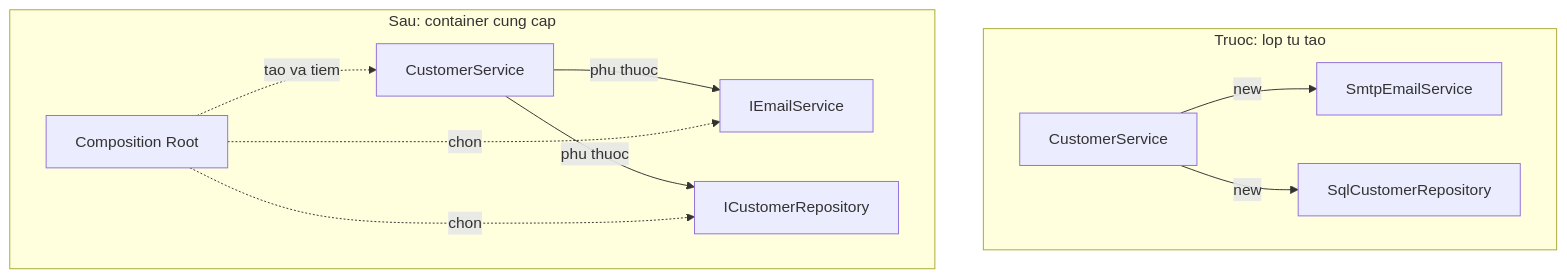
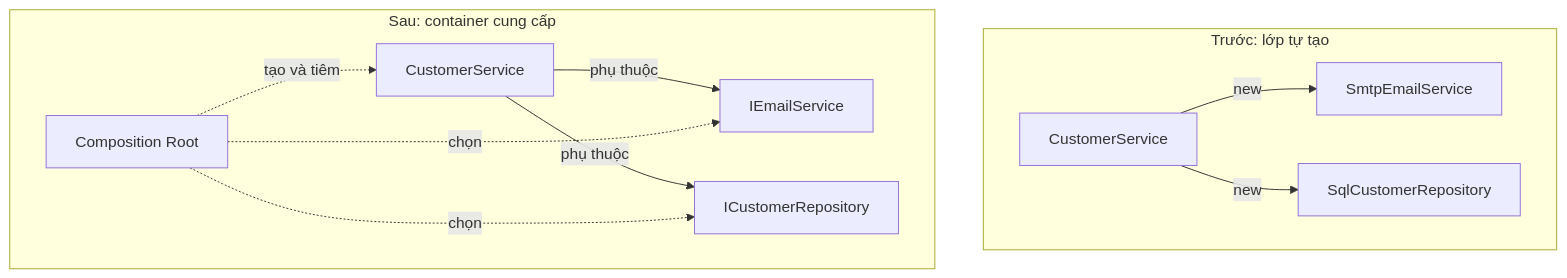
One commit to TienNHM/tiennhm.github.io changed the diagram in docs/09-dotnet-backend-zero-to-senior/stage-02-csharp-professional/module-07-dependency-injection/7.1-di-problem-scope.mdx. Above: the diagram before and after it, drawn with Mermaid. The commit also changed other lines of this file and 11 other files, not shown here.

````diff
--- a/docs/09-dotnet-backend-zero-to-senior/stage-02-csharp-professional/module-07-dependency-injection/7.1-di-problem-scope.mdx
+++ b/docs/09-dotnet-backend-zero-to-senior/stage-02-csharp-professional/module-07-dependency-injection/7.1-di-problem-scope.mdx
@@ -129,14 +129,14 @@
 ```mermaid
 flowchart TB
-    subgraph Truoc["Truoc: lop tu tao"]
+    subgraph Truoc["Trước: lớp tự tạo"]
         A[CustomerService] -->|new| B[SmtpEmailService]
         A -->|new| C[SqlCustomerRepository]
     end
-    subgraph Sau["Sau: container cung cap"]
-        D[CustomerService] -->|phu thuoc| E[IEmailService]
-        D -->|phu thuoc| F[ICustomerRepository]
-        G[Composition Root] -.tao va tiem.-> D
-        G -.chon.-> E
-        G -.chon.-> F
+    subgraph Sau["Sau: container cung cấp"]
+        D[CustomerService] -->|phụ thuộc| E[IEmailService]
+        D -->|phụ thuộc| F[ICustomerRepository]
+        G[Composition Root] -."tạo và tiêm".-> D
+        G -."chọn".-> E
+        G -."chọn".-> F
     end
 ```
````
